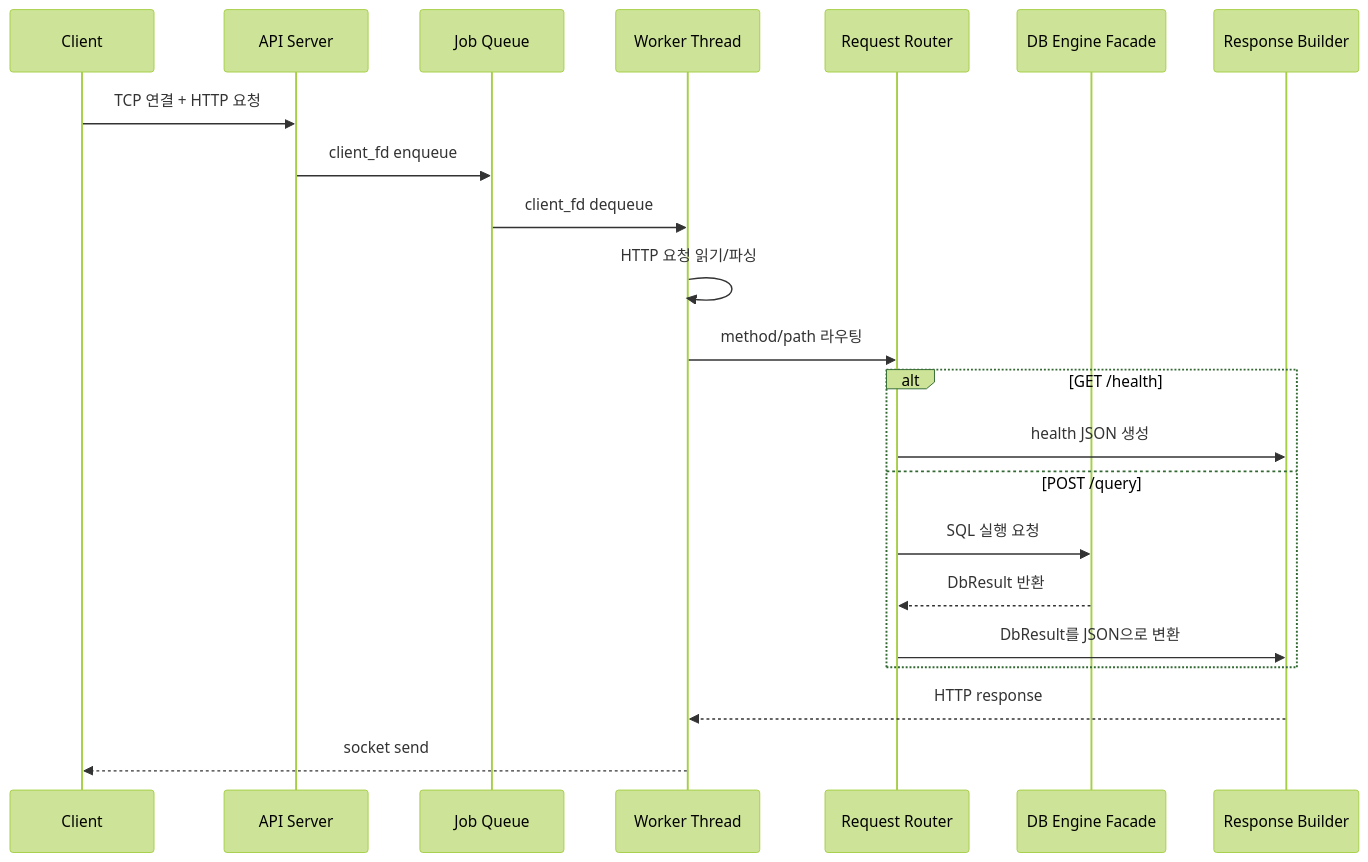
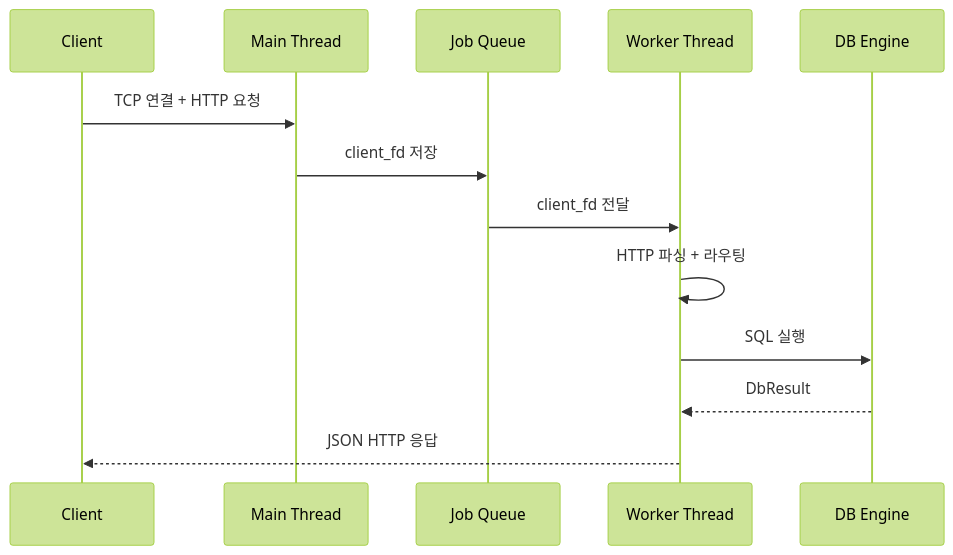
Before and after one commit to leejunhee8235/mini_dbms: the second of 6 diagrams in presentation.md, drawn with Mermaid (forest theme). The commit also changed other lines of this file, not shown here.

````diff
--- a/presentation.md
+++ b/presentation.md
@@ -93,25 +75,16 @@
 ```mermaid
 sequenceDiagram
-    participant C as Client
-    participant S as API Server
-    participant Q as Job Queue
-    participant W as Worker Thread
-    participant R as Request Router
-    participant DB as DB Engine Facade
-    participant RB as Response Builder
+    participant Client
+    participant Main as Main Thread
+    participant Queue as Job Queue
+    participant Worker as Worker Thread
+    participant DB as DB Engine
 
-    C->>S: TCP 연결 + HTTP 요청
-    S->>Q: client_fd enqueue
-    Q->>W: client_fd dequeue
-    W->>W: HTTP 요청 읽기/파싱
-    W->>R: method/path 라우팅
-    alt GET /health
-        R->>RB: health JSON 생성
-    else POST /query
-        R->>DB: SQL 실행 요청
-        DB-->>R: DbResult 반환
-        R->>RB: DbResult를 JSON으로 변환
-    end
-    RB-->>W: HTTP response
-    W-->>C: socket send
+    Client->>Main: TCP 연결 + HTTP 요청
+    Main->>Queue: client_fd 저장
+    Queue->>Worker: client_fd 전달
+    Worker->>Worker: HTTP 파싱 + 라우팅
+    Worker->>DB: SQL 실행
+    DB-->>Worker: DbResult
+    Worker-->>Client: JSON HTTP 응답
 ```
````
